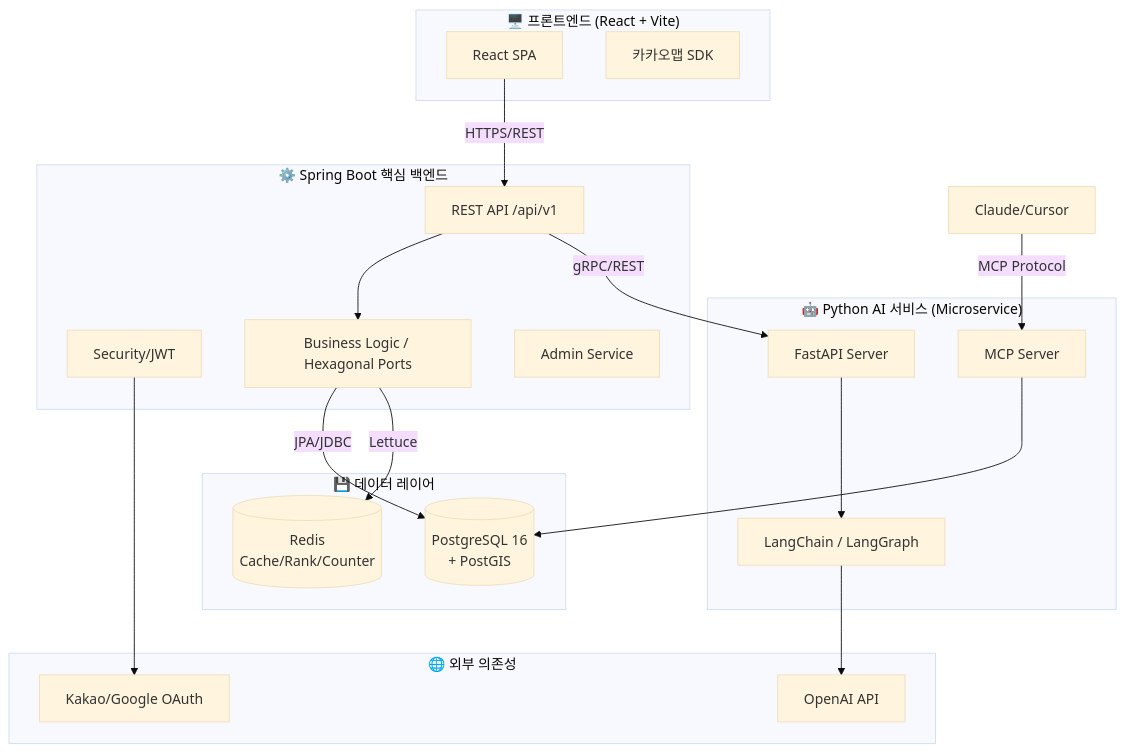
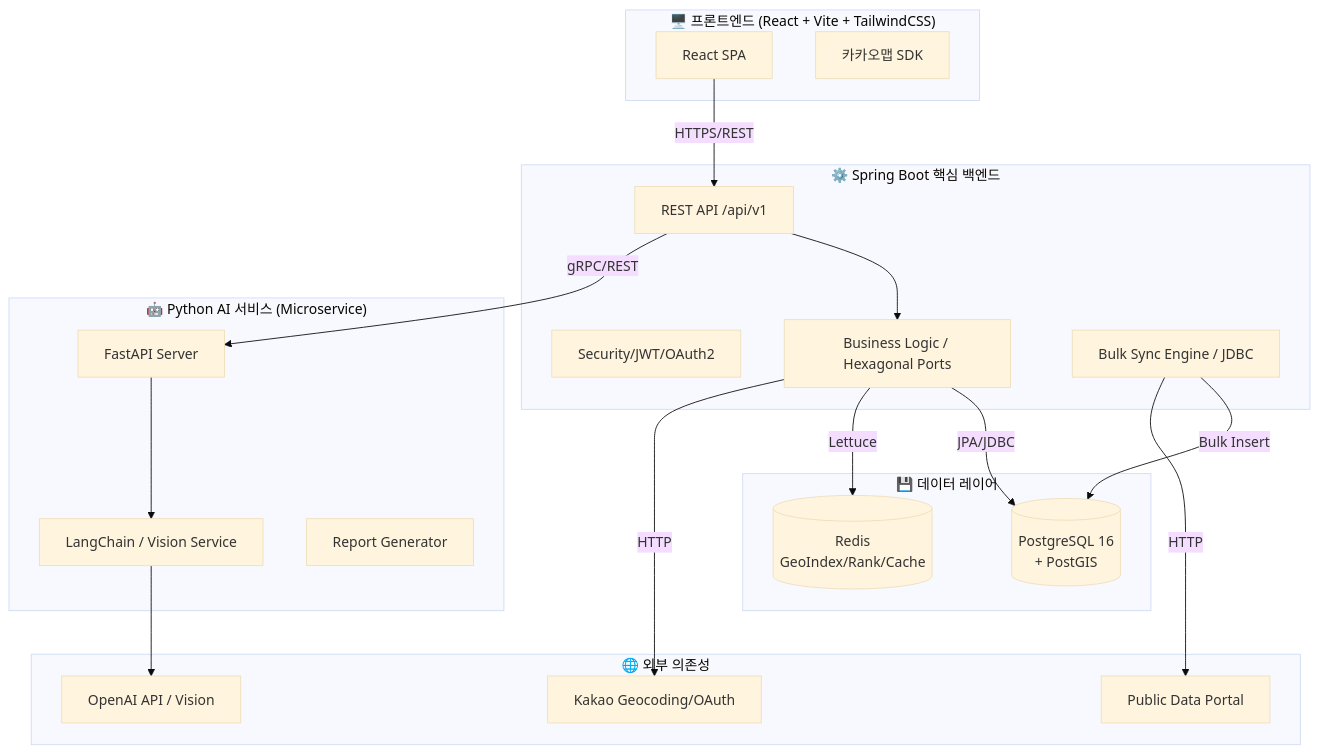
The diagram in README.md (cjoh0407-ctrl/daypoo), drawn with Mermaid (base theme) before and after one commit. The commit also changed other lines of this file, not shown here.

````diff
--- a/README.md
+++ b/README.md
@@ -31,42 +31,42 @@
 ```mermaid
 graph TB
-    subgraph Client["🖥️ 프론트엔드 (React + Vite)"]
+    subgraph Client["🖥️ 프론트엔드 (React + Vite + TailwindCSS)"]
         UI[React SPA]
         KakaoMap[카카오맵 SDK]
     end
 
     subgraph Backend["⚙️ Spring Boot 핵심 백엔드"]
         API[REST API /api/v1]
-        Auth[Security/JWT]
+        Auth[Security/JWT/OAuth2]
         Domain[Business Logic / Hexagonal Ports]
-        Admin[Admin Service]
+        Sync[Bulk Sync Engine / JDBC]
     end
 
     subgraph AI["🤖 Python AI 서비스 (Microservice)"]
         FastAPI[FastAPI Server]
-        LC[LangChain / LangGraph]
-        MCPServer[MCP Server]
+        LC[LangChain / Vision Service]
+        Report[Report Generator]
     end
 
     subgraph Data["💾 데이터 레이어"]
         PG[(PostgreSQL 16 \n+ PostGIS)]
-        Redis[(Redis \nCache/Rank/Counter)]
+        Redis[(Redis \nGeoIndex/Rank/Cache)]
     end
 
     subgraph External["🌐 외부 의존성"]
-        OAI[OpenAI API]
-        OAuth[Kakao/Google OAuth]
+        OAI[OpenAI API / Vision]
+        Kakao[Kakao Geocoding/OAuth]
+        GovAPI[Public Data Portal]
     end
 
     UI -->|HTTPS/REST| API
     API --> Domain
     Domain -->|JPA/JDBC| PG
     Domain -->|Lettuce| Redis
     API -->|gRPC/REST| FastAPI
     FastAPI --> LC
     LC --> OAI
-
-    ExternalAI[Claude/Cursor] -->|MCP Protocol| MCPServer
-    MCPServer --> PG
-    Auth --> OAuth
+    Sync -->|Bulk Insert| PG
+    Sync -->|HTTP| GovAPI
+    Domain -->|HTTP| Kakao
 ```
````
